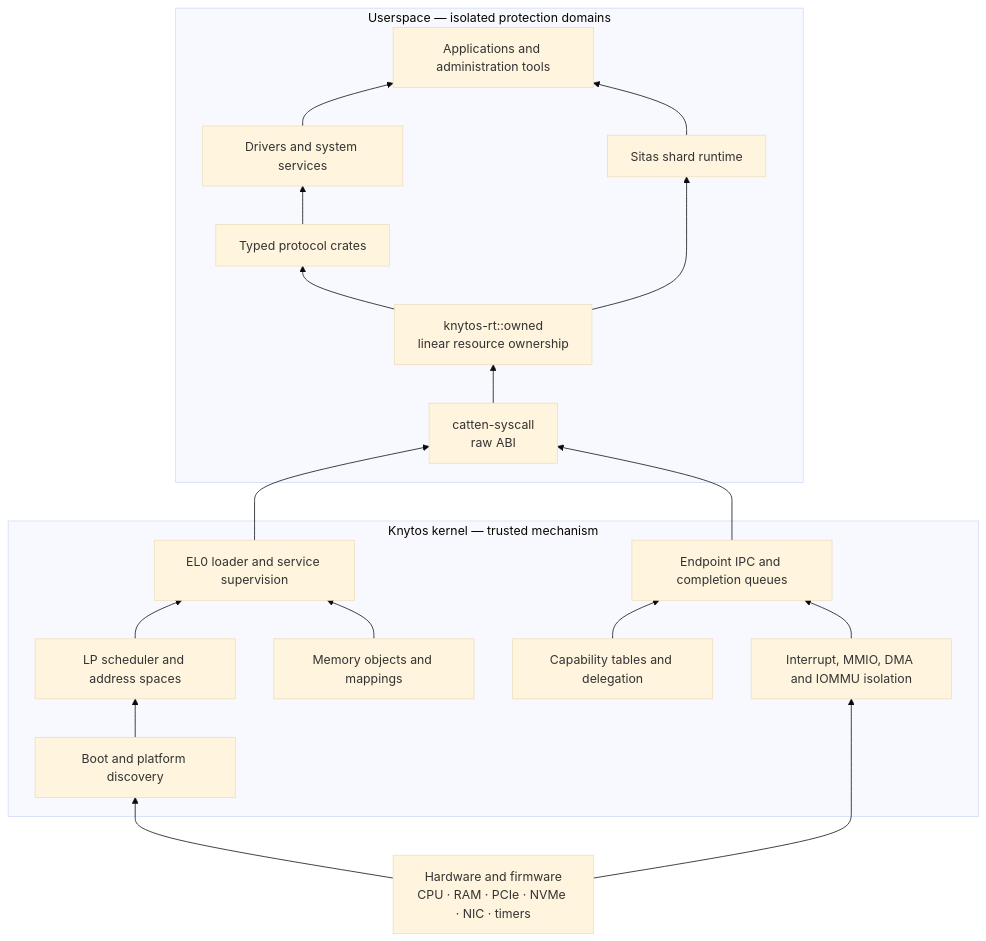
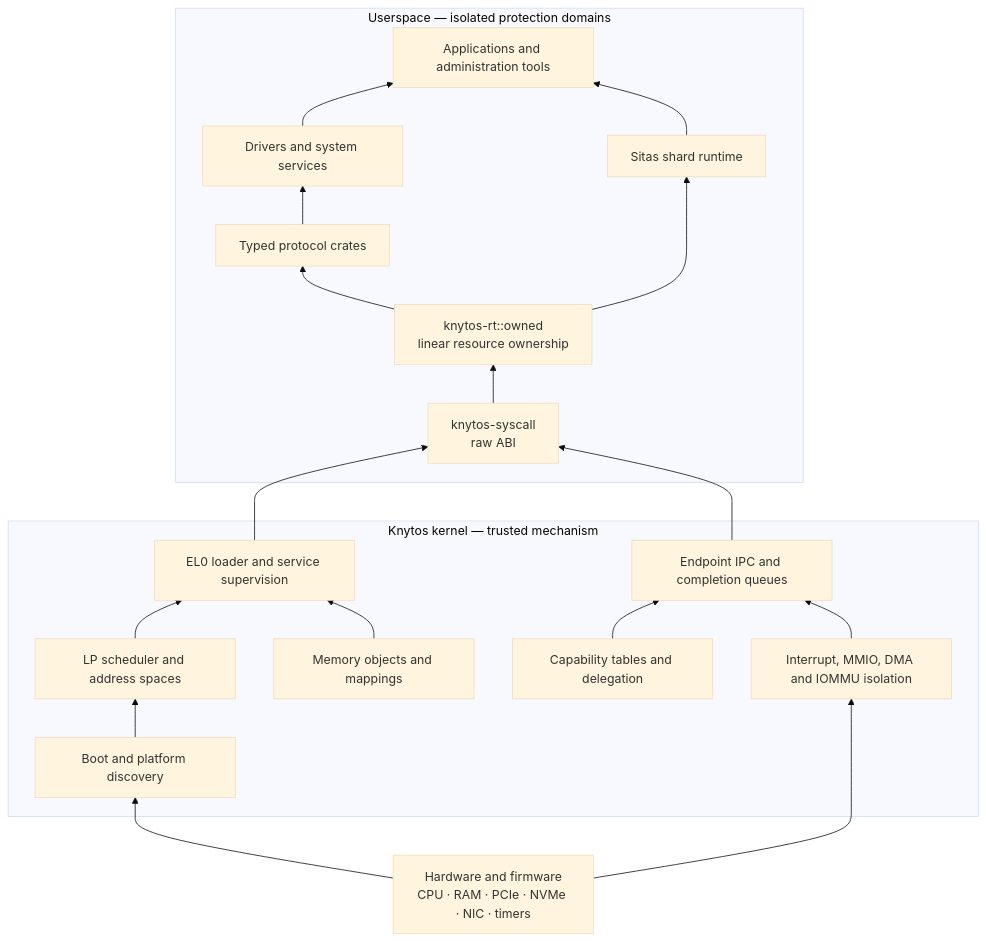
One commit to FrodeRanders/charlotte-os changed the first of 14 diagrams in docs/figures.md. Above: the diagram before and after it, drawn with Mermaid (base theme). The commit also changed 199 other files, not shown here.

Commit message:
catten-syscall -> knytos-syscall

````diff
--- a/docs/figures.md
+++ b/docs/figures.md
@@ -6,40 +6,40 @@
 ```mermaid
 flowchart BT
 HW["Hardware and firmware<br/>CPU · RAM · PCIe · NVMe · NIC · timers"]
 
       subgraph K["Knytos kernel — trusted mechanism"]
           PLATFORM["Boot and platform discovery"]
           SCHED["LP scheduler and address spaces"]
           MEMORY["Memory objects and mappings"]
           CAPS["Capability tables and delegation"]
           IPC["Endpoint IPC and completion queues"]
           DEVICE["Interrupt, MMIO, DMA and IOMMU isolation"]
           LOADER["EL0 loader and service supervision"]
       end
 
       subgraph U["Userspace — isolated protection domains"]
-          ABI["catten-syscall<br/>raw ABI"]
+          ABI["knytos-syscall<br/>raw ABI"]
           RT["knytos-rt::owned<br/>linear resource ownership"]
           PROTOCOLS["Typed protocol crates"]
           SERVICES["Drivers and system services"]
           SITAS["Sitas shard runtime"]
           APPS["Applications and administration tools"]
       end
 
       HW --> PLATFORM
       HW --> DEVICE
       PLATFORM --> SCHED
       SCHED --> LOADER
       MEMORY --> LOADER
       CAPS --> IPC
       DEVICE --> IPC
 
       LOADER --> ABI
       IPC --> ABI
       ABI --> RT
       RT --> PROTOCOLS
       PROTOCOLS --> SERVICES
       RT --> SITAS
       SERVICES --> APPS
       SITAS --> APPS
 ```
````
